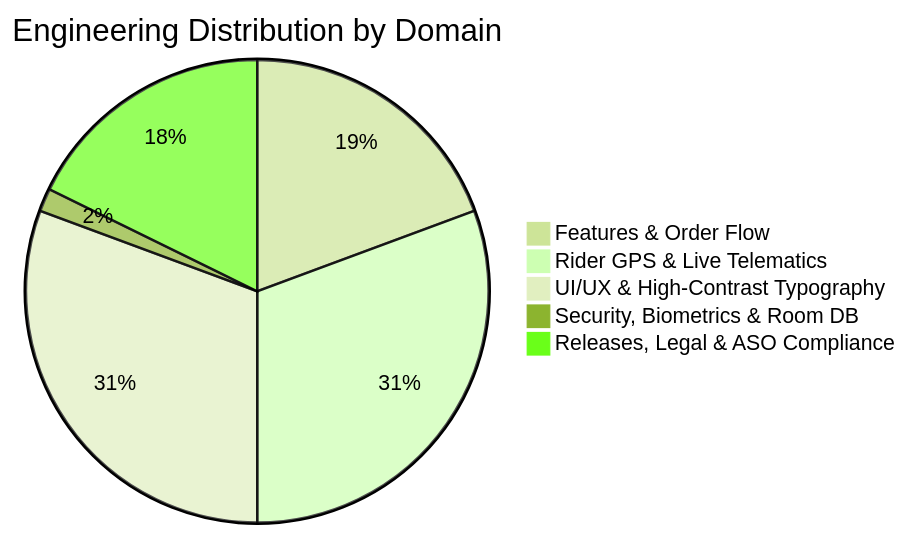
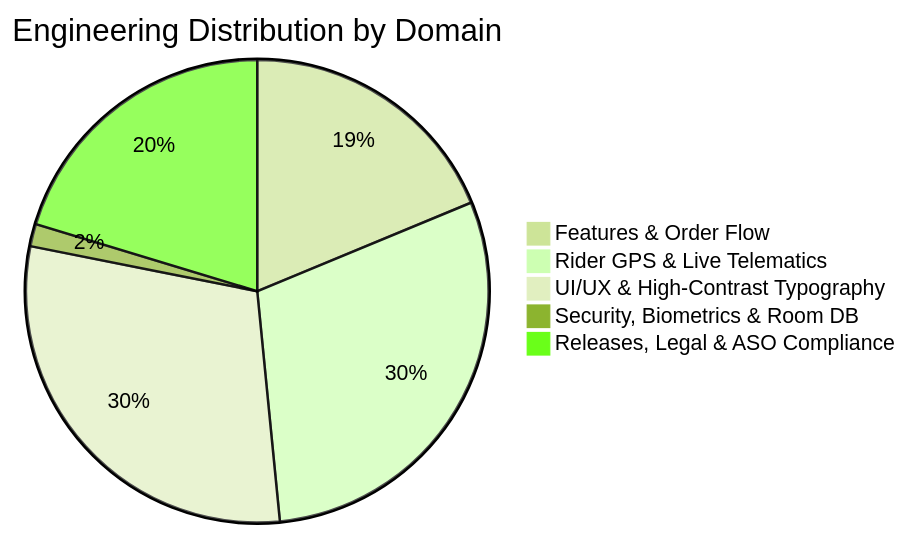
Before and after one commit to daniyal44/Zyphuel-App: the second of 2 diagrams in README.md, drawn with Mermaid (forest theme). The commit also changed other lines of this file, not shown here.

Commit message:
chore(dashboard): auto-update code-based engineering velocity graph [skip ci]

````diff
--- a/README.md
+++ b/README.md
@@ -60,8 +60,8 @@
 ```mermaid
 pie title Engineering Distribution by Domain
     "Features & Order Flow" : 12
     "Rider GPS & Live Telematics" : 19
     "UI/UX & High-Contrast Typography" : 19
     "Security, Biometrics & Room DB" : 1
-    "Releases, Legal & ASO Compliance" : 11
+    "Releases, Legal & ASO Compliance" : 13
 ```
````
